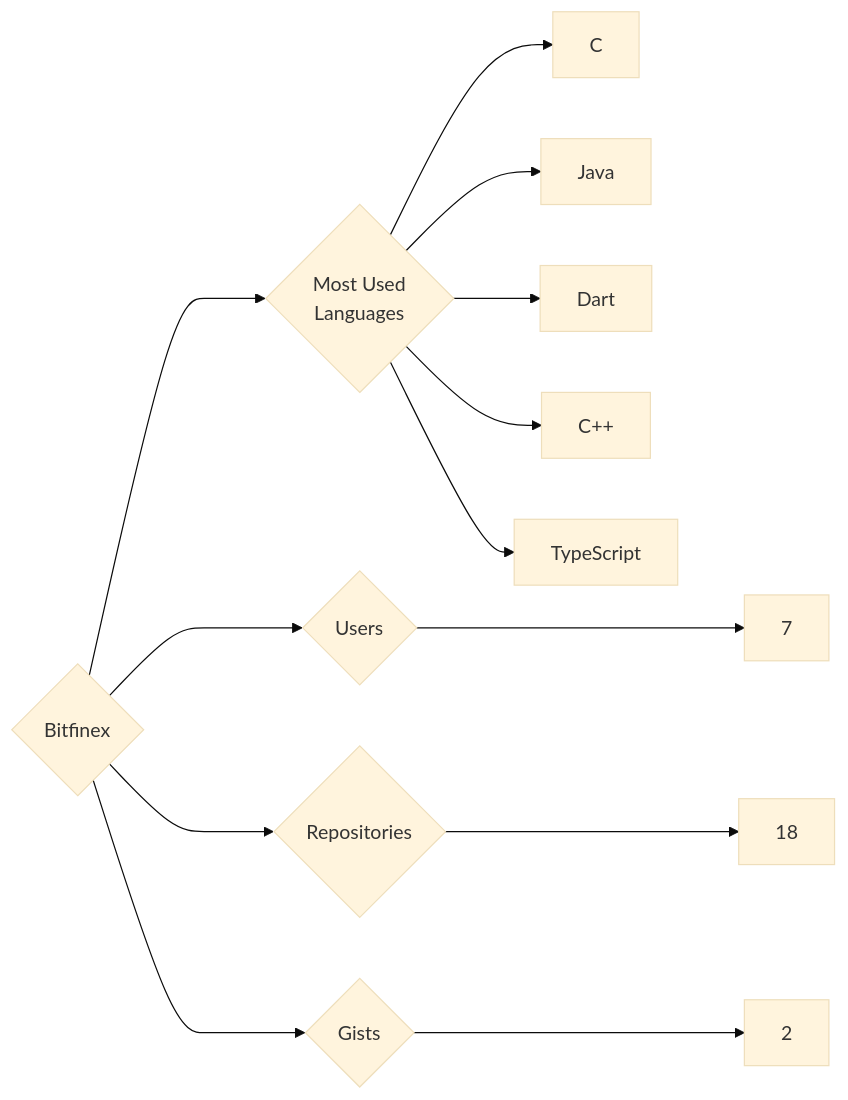
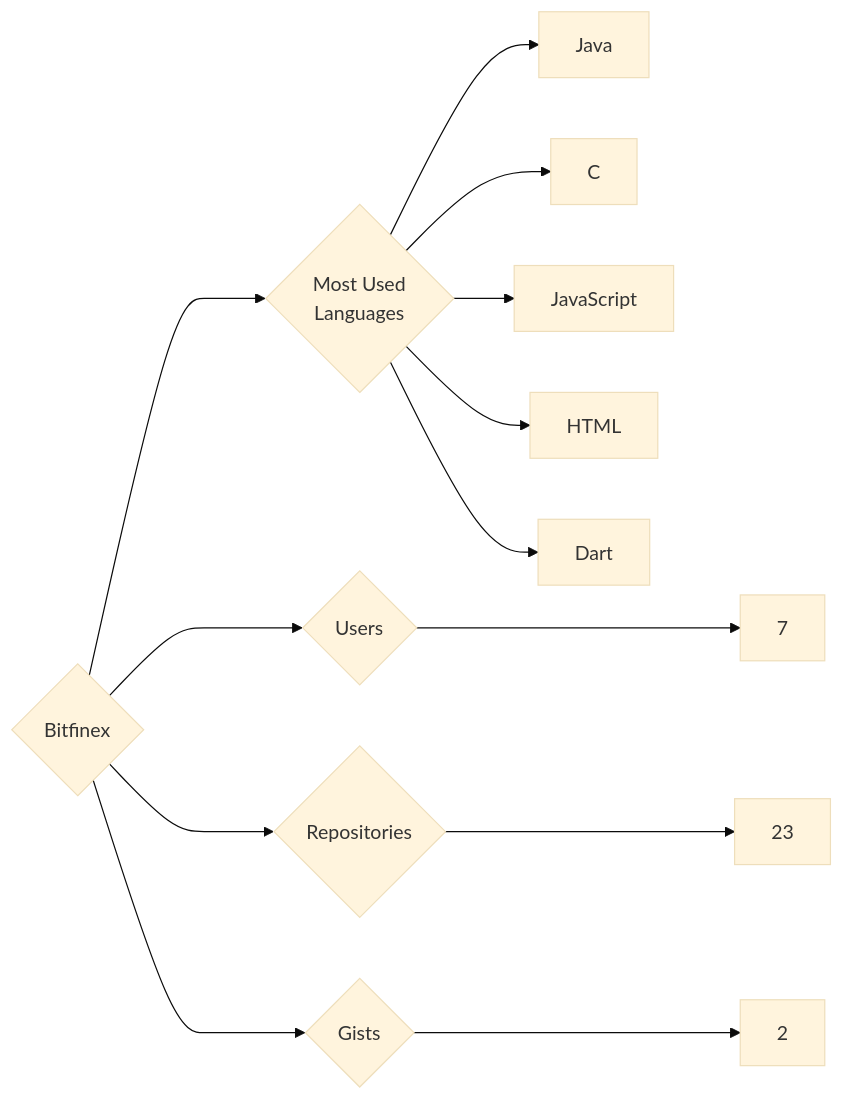
The diagram in targets/Bitfinex/README.md (trickest/insiders), drawn with Mermaid (base theme) before and after one commit. The commit also changed 1055 other files, not shown here.

````diff
--- a/targets/Bitfinex/README.md
+++ b/targets/Bitfinex/README.md
@@ -3,13 +3,13 @@
 ```mermaid
 graph LR
 COMPANY_NAME{Bitfinex}
 COMPANY_NAME ---> U{Users} ---> UN[7]
-COMPANY_NAME ---> R{Repositories} ---> RN[18]
+COMPANY_NAME ---> R{Repositories} ---> RN[23]
 COMPANY_NAME ---> G{Gists} ---> GN[2]
 COMPANY_NAME ---> ML{Most Used<br>Languages}
+ML --> Java[Java]
 ML --> C[C]
-ML --> Java[Java]
+ML --> JavaScript[JavaScript]
+ML --> HTML[HTML]
 ML --> Dart[Dart]
-ML --> C++[C++]
-ML --> TypeScript[TypeScript]
 ```
````
